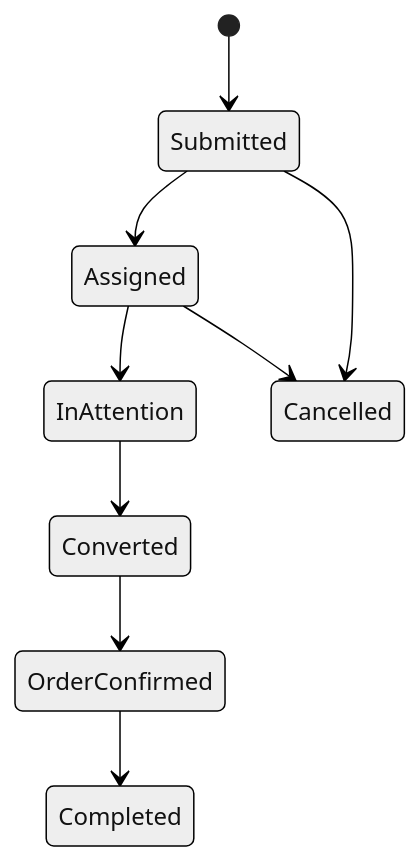
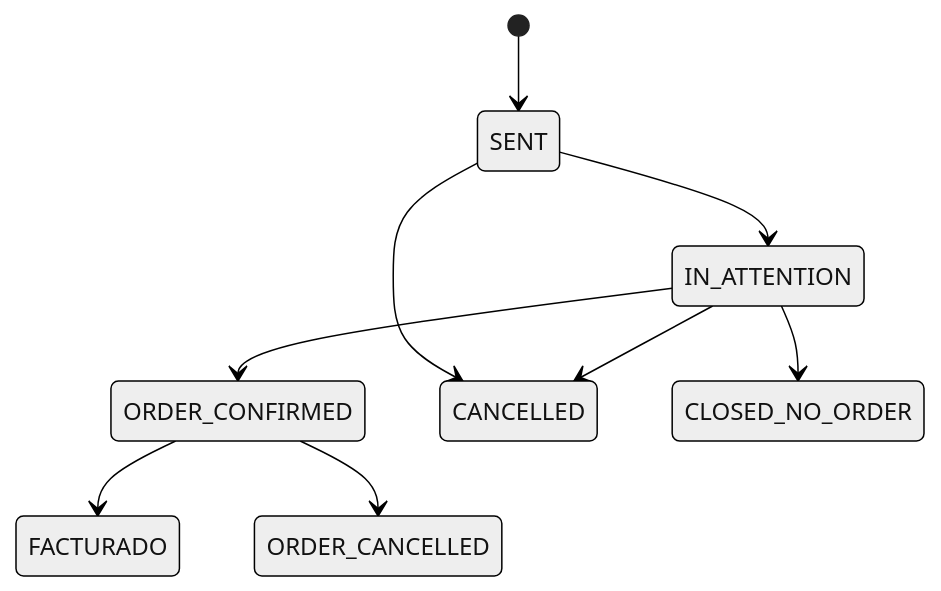
Before and after one commit to Abraha33/envax-contacto: the second of 2 diagrams in docs/construction-v1/ARCHITECTURE.md, drawn with Mermaid (neutral theme). The commit also changed other lines of this file, not shown here.

Commit message:
docs: replace legacy Cloudflare backend architecture with Supabase

````diff
--- a/docs/construction-v1/ARCHITECTURE.md
+++ b/docs/construction-v1/ARCHITECTURE.md
@@ -169,11 +177,11 @@
 ```mermaid
 stateDiagram-v2
-  [*] --> Submitted
-  Submitted --> Assigned
-  Assigned --> InAttention
-  InAttention --> Converted
-  Converted --> OrderConfirmed
-  OrderConfirmed --> Completed
-  Submitted --> Cancelled
-  Assigned --> Cancelled
+  [*] --> SENT
+  SENT --> IN_ATTENTION
+  IN_ATTENTION --> ORDER_CONFIRMED
+  ORDER_CONFIRMED --> FACTURADO
+  SENT --> CANCELLED
+  IN_ATTENTION --> CANCELLED
+  IN_ATTENTION --> CLOSED_NO_ORDER
+  ORDER_CONFIRMED --> ORDER_CANCELLED
 ```
````
